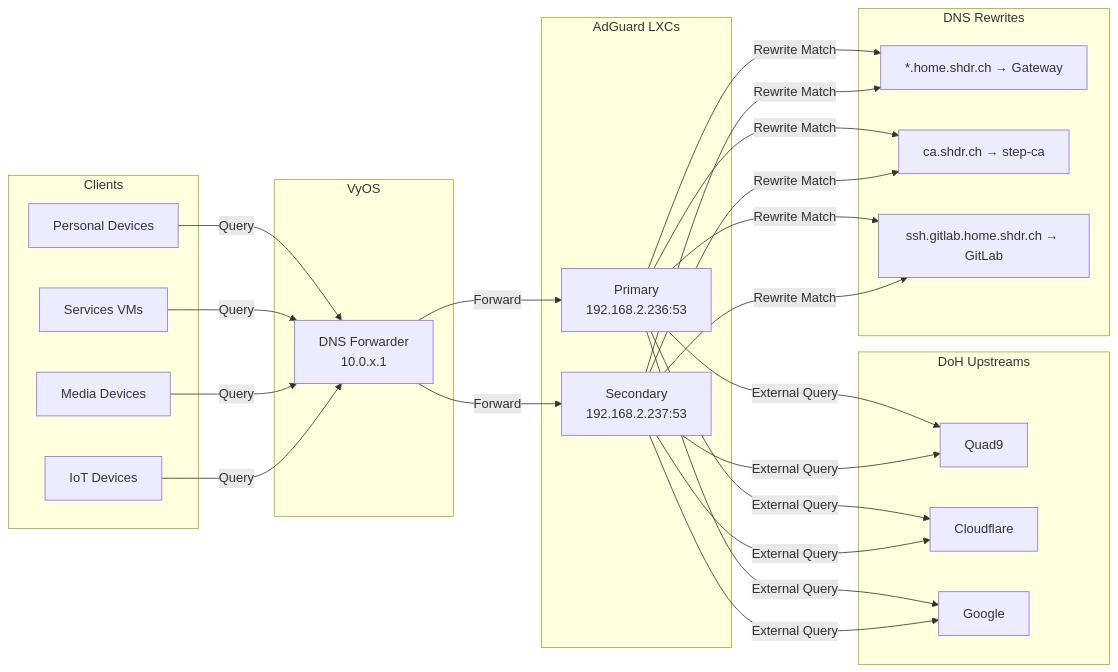
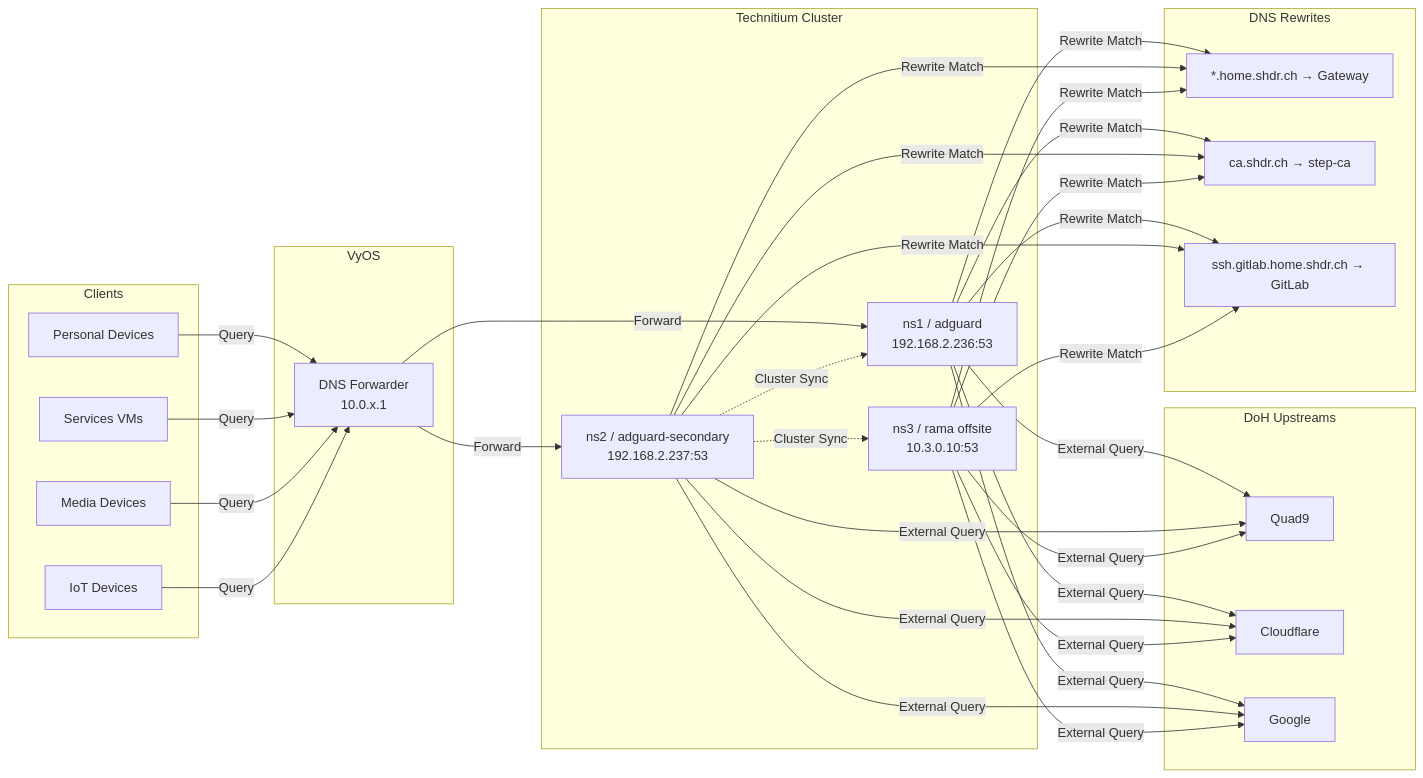
One commit to shedrachokonofua/aether changed the second of 4 diagrams in docs/networking.md. Above: the diagram before and after it, drawn with Mermaid. The commit also changed other lines of this file and 3 other files, not shown here.

````diff
--- a/docs/networking.md
+++ b/docs/networking.md
@@ -126,35 +141,37 @@
 ```mermaid
 graph LR
     subgraph Clients
         C1[Personal Devices]
         C2[Services VMs]
         C3[Media Devices]
         C4[IoT Devices]
     end
 
     subgraph VyOS
         DNS1[DNS Forwarder<br/>10.0.x.1]
     end
 
-    subgraph AdGuard LXCs
-        ADG1[Primary<br/>192.168.2.236:53]
-        ADG2[Secondary<br/>192.168.2.237:53]
+    subgraph Technitium Cluster
+        ADG1[ns1 / adguard<br/>192.168.2.236:53]
+        ADG2[ns2 / adguard-secondary<br/>192.168.2.237:53]
+        ADG3[ns3 / rama offsite<br/>10.3.0.10:53]
     end
 
     subgraph DoH Upstreams
         Q9[Quad9]
         CF[Cloudflare]
         GG[Google]
     end
 
     subgraph DNS Rewrites
         R1[*.home.shdr.ch → Gateway]
         R2[ca.shdr.ch → step-ca]
         R3[ssh.gitlab.home.shdr.ch → GitLab]
     end
 
     C1 & C2 & C3 & C4 -->|Query| DNS1
     DNS1 -->|Forward| ADG1 & ADG2
-    ADG1 & ADG2 -->|Rewrite Match| R1 & R2 & R3
-    ADG1 & ADG2 -->|External Query| Q9 & CF & GG
+    ADG2 -.->|Cluster Sync| ADG1 & ADG3
+    ADG1 & ADG2 & ADG3 -->|Rewrite Match| R1 & R2 & R3
+    ADG1 & ADG2 & ADG3 -->|External Query| Q9 & CF & GG
 ```
````
